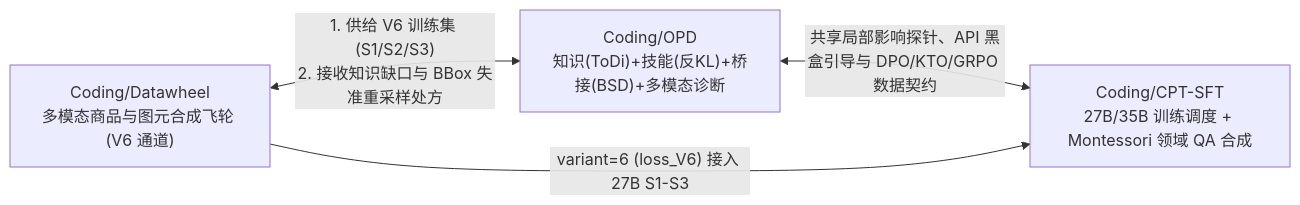
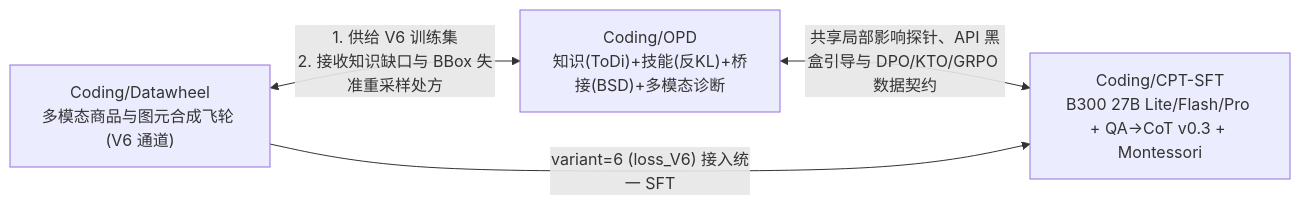
The diagram in AGENTS.md (qianlvguang/CPT-SFT), drawn with Mermaid before and after one commit. The commit also changed other lines of this file and 103 other files, not shown here.

Commit message:
refactor(cpt-sft): 重构 Lite/Flash/Pro 三阶段架构、落地 QA→CoT v0.3 并归档 H200/QSA

````diff
--- a/AGENTS.md
+++ b/AGENTS.md
@@ -11,6 +11,6 @@
 ```mermaid
 flowchart LR
-    DW["Coding/Datawheel<br>多模态商品与图元合成飞轮 (V6 通道)"] <-->|"1. 供给 V6 训练集 (S1/S2/S3)<br>2. 接收知识缺口与 BBox 失准重采样处方"| OPD["Coding/OPD<br>知识(ToDi)+技能(反KL)+桥接(BSD)+多模态诊断"]
-    OPD <-->|"共享局部影响探针、API 黑盒引导与 DPO/KTO/GRPO 数据契约"| CS["Coding/CPT-SFT<br>27B/35B 训练调度 + Montessori 领域 QA 合成"]
-    DW -->|"variant=6 (loss_V6) 接入 27B S1-S3"| CS
+    DW["Coding/Datawheel<br>多模态商品与图元合成飞轮 (V6 通道)"] <-->|"1. 供给 V6 训练集<br>2. 接收知识缺口与 BBox 失准重采样处方"| OPD["Coding/OPD<br>知识(ToDi)+技能(反KL)+桥接(BSD)+多模态诊断"]
+    OPD <-->|"共享局部影响探针、API 黑盒引导与 DPO/KTO/GRPO 数据契约"| CS["Coding/CPT-SFT<br>B300 27B Lite/Flash/Pro + QA→CoT v0.3 + Montessori"]
+    DW -->|"variant=6 (loss_V6) 接入统一 SFT"| CS
 ```
````
